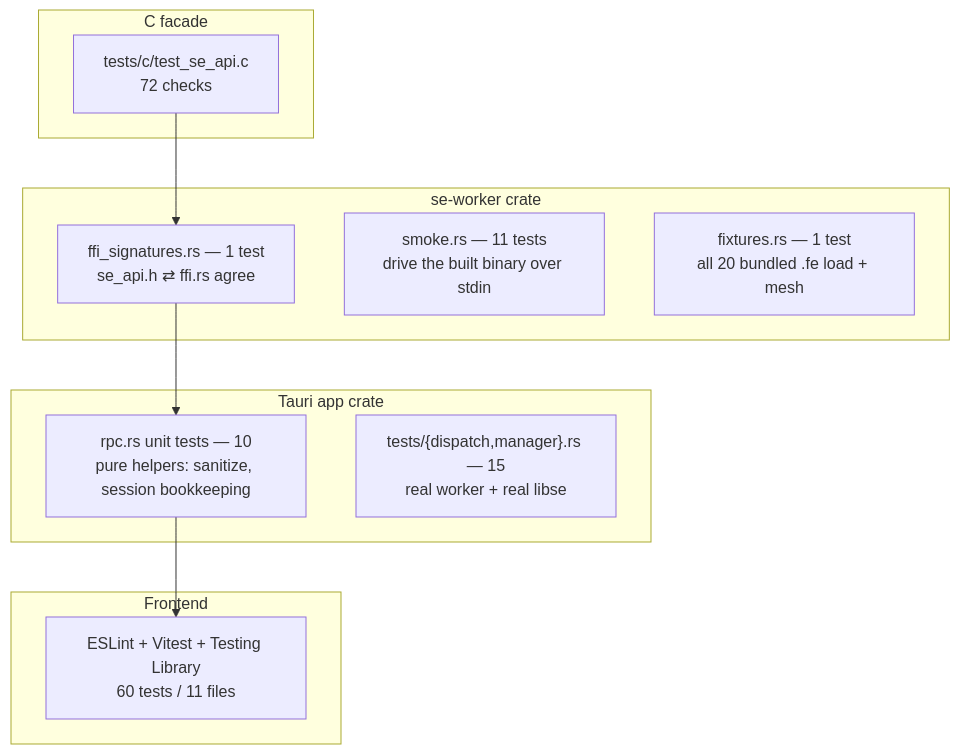
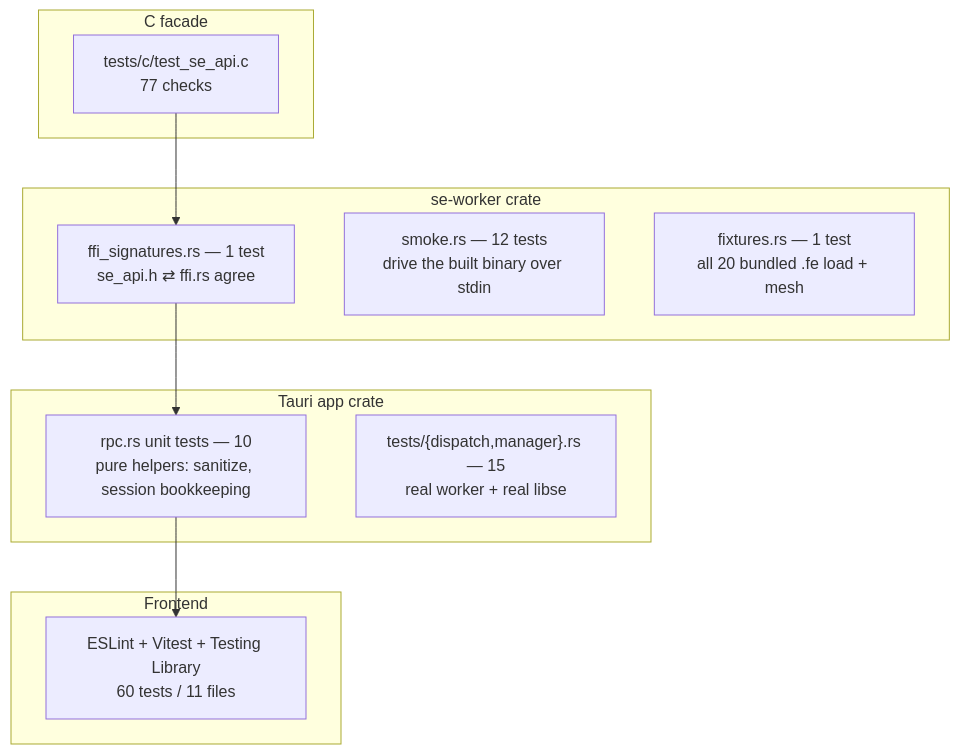
The fifth of 6 diagrams in ARCHITECTURE.md (sersergious/surface-evolver), drawn with Mermaid before and after one commit. The commit also changed other lines of this file and 7 other files, not shown here.

````diff
--- a/ARCHITECTURE.md
+++ b/ARCHITECTURE.md
@@ -266,19 +266,19 @@
 ```mermaid
 flowchart TB
     subgraph C["C facade"]
-        CT["tests/c/test_se_api.c<br/>72 checks"]
+        CT["tests/c/test_se_api.c<br/>77 checks"]
     end
     subgraph Worker["se-worker crate"]
         WF["ffi_signatures.rs — 1 test<br/>se_api.h ⇄ ffi.rs agree"]
-        WS["smoke.rs — 11 tests<br/>drive the built binary over stdin"]
+        WS["smoke.rs — 12 tests<br/>drive the built binary over stdin"]
         WX["fixtures.rs — 1 test<br/>all 20 bundled .fe load + mesh"]
     end
     subgraph App["Tauri app crate"]
         AU["rpc.rs unit tests — 10<br/>pure helpers: sanitize, session bookkeeping"]
         AI["tests/{dispatch,manager}.rs — 15<br/>real worker + real libse"]
     end
     subgraph FE["Frontend"]
         FT["ESLint + Vitest + Testing Library<br/>60 tests / 11 files"]
     end
     CT --> WF --> AU --> FT
 ```
````
